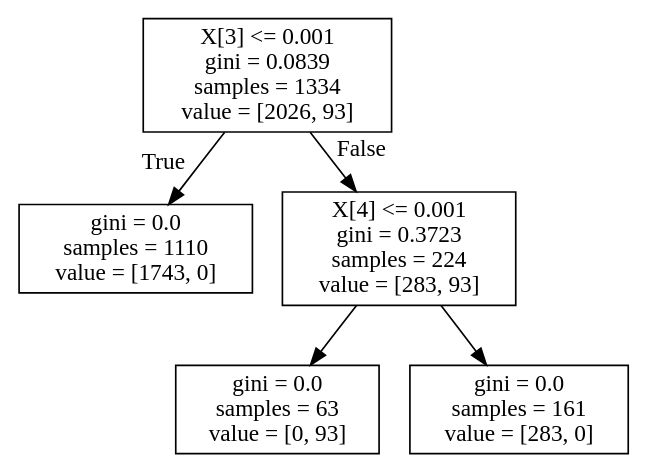
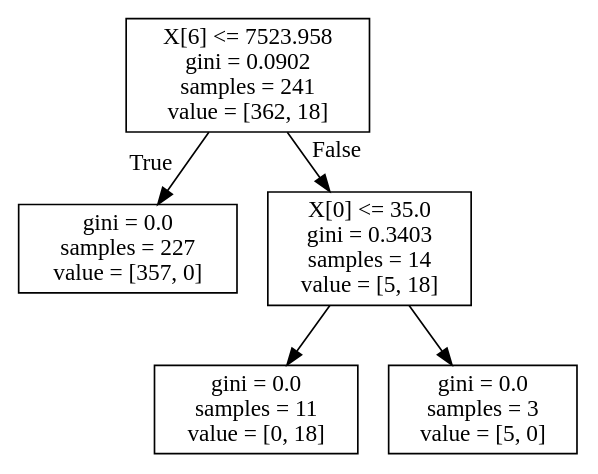
The diagram in 1.dot (imwack/facebook), drawn with Graphviz before and after one commit. The commit also changed 23 other files, not shown here.

```diff
--- a/1.dot
+++ b/1.dot
@@ -1,12 +1,12 @@
 digraph Tree {
 node [shape=box] ;
-0 [label="X[3] <= 0.001\ngini = 0.0839\nsamples = 1334\nvalue = [2026, 93]"] ;
-1 [label="gini = 0.0\nsamples = 1110\nvalue = [1743, 0]"] ;
+0 [label="X[6] <= 7523.958\ngini = 0.0902\nsamples = 241\nvalue = [362, 18]"] ;
+1 [label="gini = 0.0\nsamples = 227\nvalue = [357, 0]"] ;
 0 -> 1 [labeldistance=2.5, labelangle=45, headlabel="True"] ;
-2 [label="X[4] <= 0.001\ngini = 0.3723\nsamples = 224\nvalue = [283, 93]"] ;
+2 [label="X[0] <= 35.0\ngini = 0.3403\nsamples = 14\nvalue = [5, 18]"] ;
 0 -> 2 [labeldistance=2.5, labelangle=-45, headlabel="False"] ;
-3 [label="gini = 0.0\nsamples = 63\nvalue = [0, 93]"] ;
+3 [label="gini = 0.0\nsamples = 11\nvalue = [0, 18]"] ;
 2 -> 3 ;
-4 [label="gini = 0.0\nsamples = 161\nvalue = [283, 0]"] ;
+4 [label="gini = 0.0\nsamples = 3\nvalue = [5, 0]"] ;
 2 -> 4 ;
 }
```
